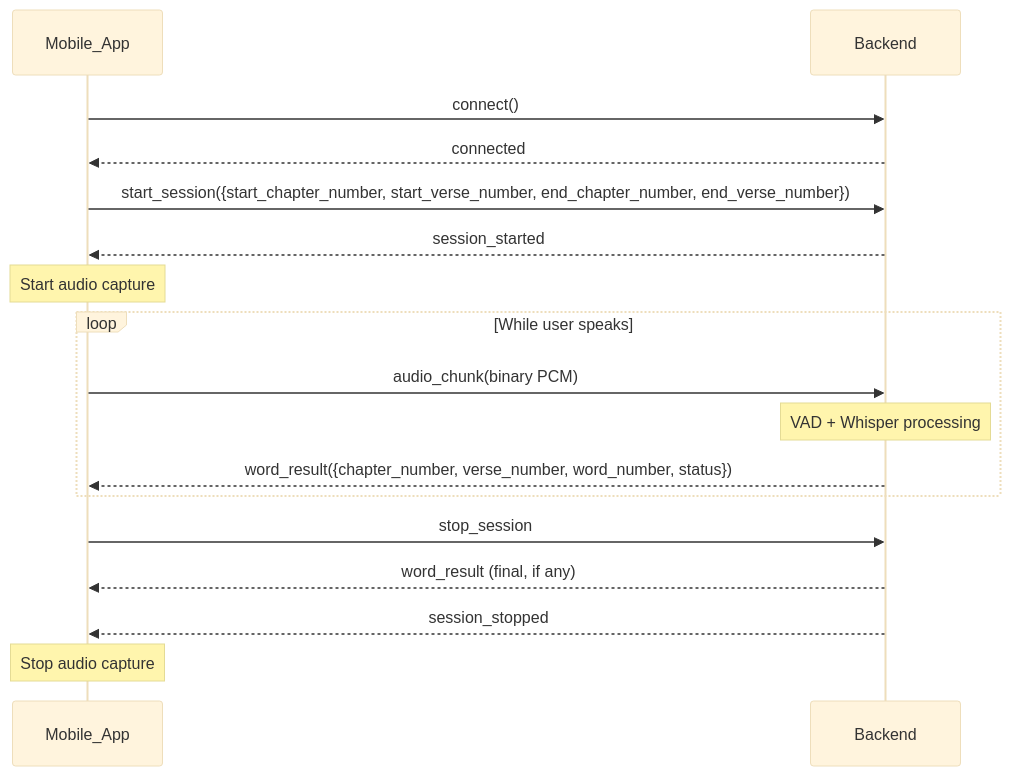
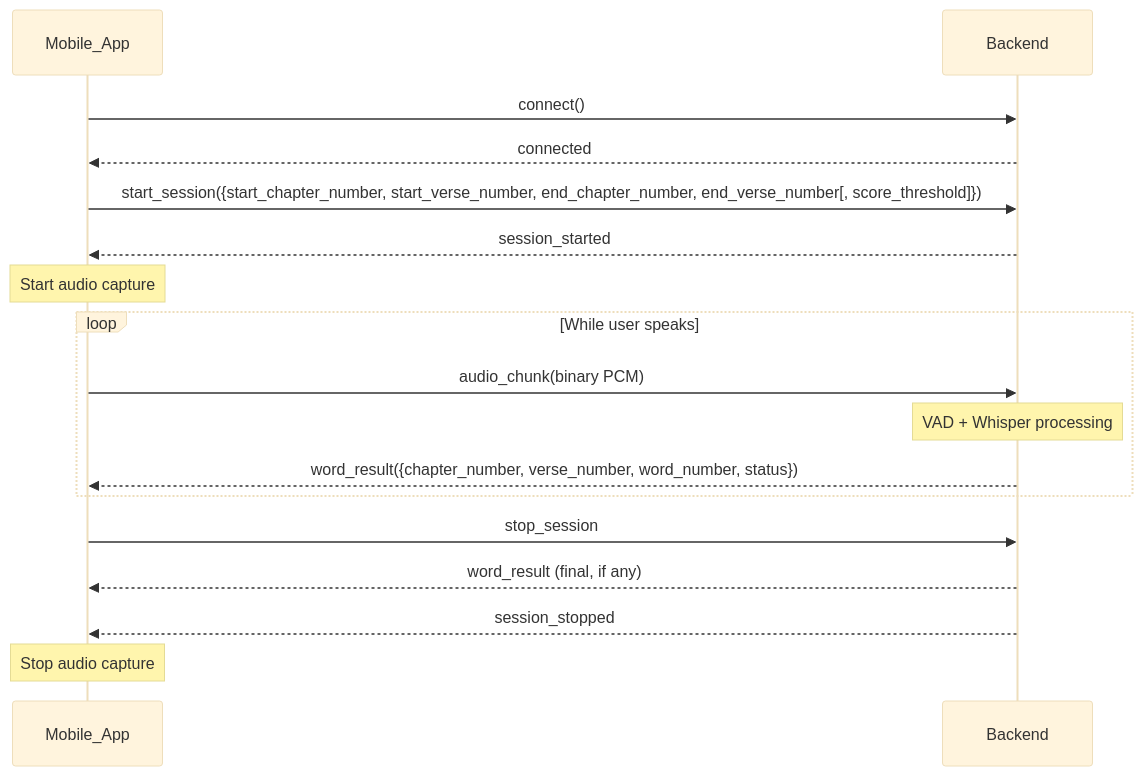
Before and after one commit to basemkhirat/pyquran2: the first of 9 diagrams in guide/reference/sequence-diagram.md, drawn with Mermaid (base theme). The commit also changed 12 other files, not shown here.

````diff
--- a/guide/reference/sequence-diagram.md
+++ b/guide/reference/sequence-diagram.md
@@ -9,25 +9,25 @@
 ```mermaid
 sequenceDiagram
     participant App as Mobile_App
     participant Server as Backend
 
     App->>Server: connect()
     Server-->>App: connected
 
-    App->>Server: start_session({start_chapter_number, start_verse_number, end_chapter_number, end_verse_number})
+    App->>Server: start_session({start_chapter_number, start_verse_number, end_chapter_number, end_verse_number[, score_threshold]})
     Server-->>App: session_started
 
     Note over App: Start audio capture
 
     loop While user speaks
         App->>Server: audio_chunk(binary PCM)
         Note over Server: VAD + Whisper processing
         Server-->>App: word_result({chapter_number, verse_number, word_number, status})
     end
 
     App->>Server: stop_session
     Server-->>App: word_result (final, if any)
     Server-->>App: session_stopped
 
     Note over App: Stop audio capture
 ```
````
